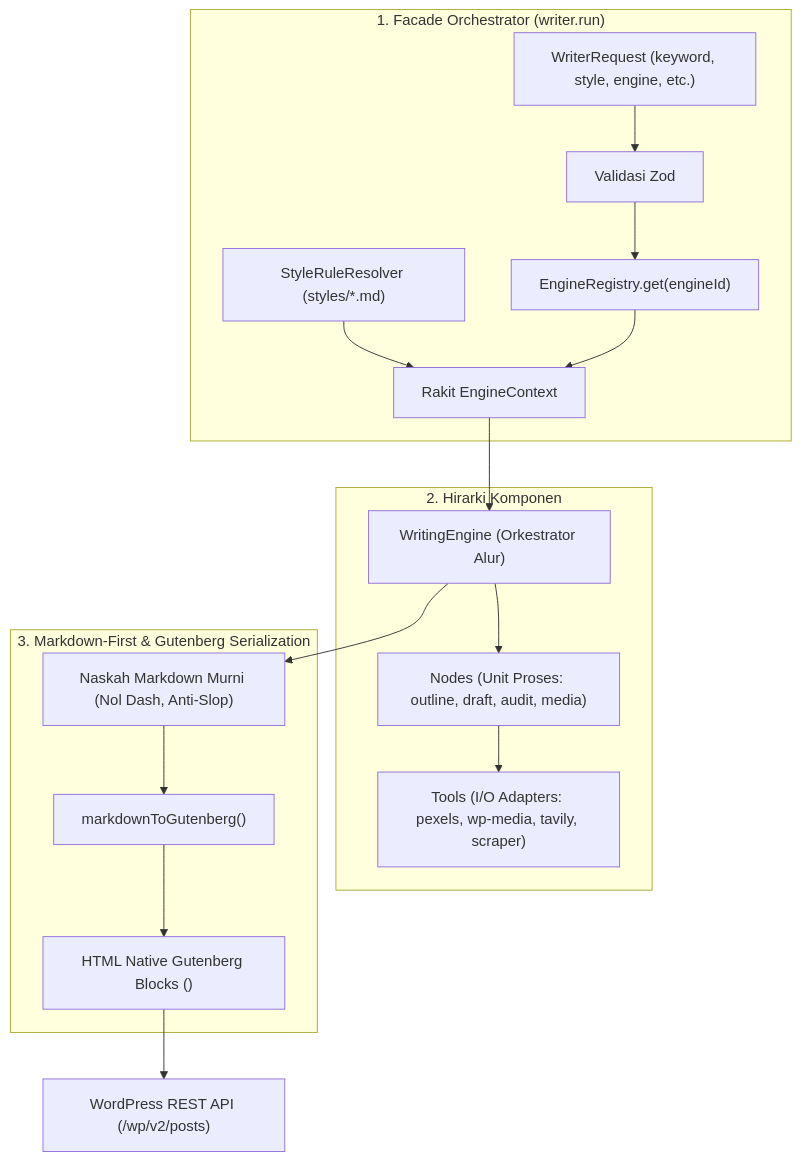
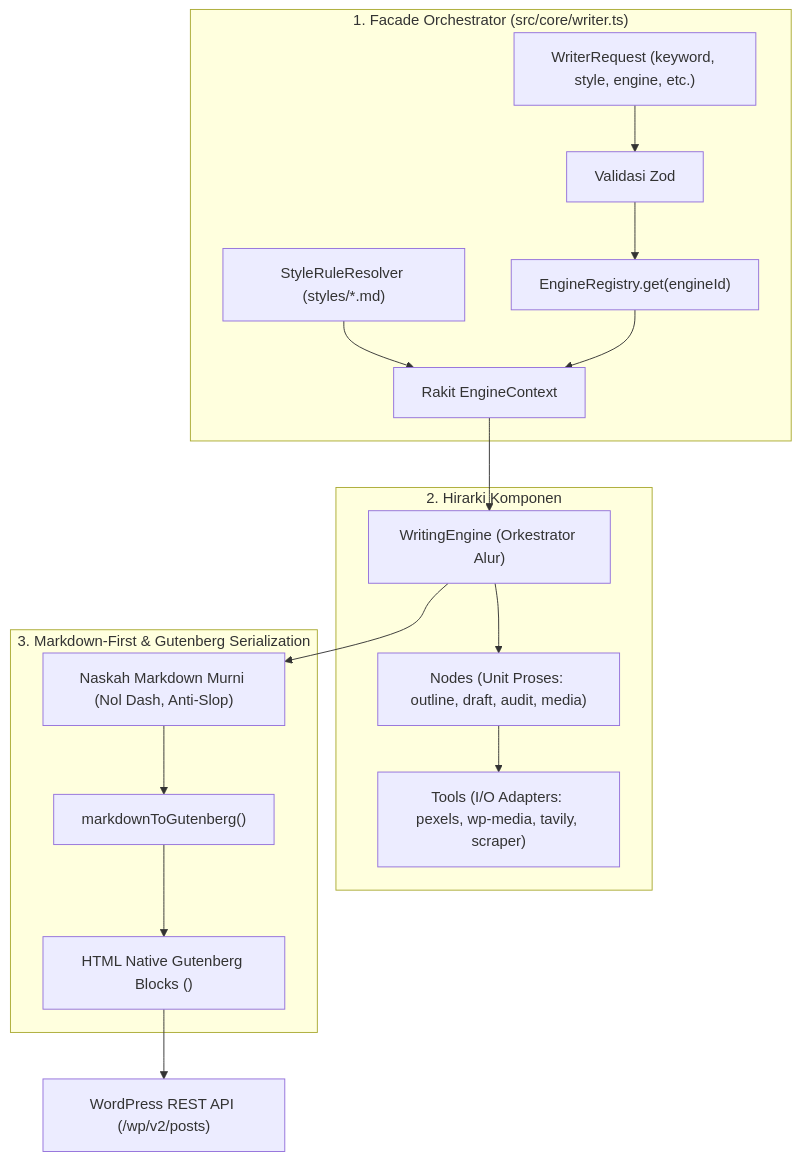
The third of 3 diagrams in ARCHITECTURE.md (erzawansyah/wp-autopost-dashboard), drawn with Mermaid before and after one commit. The commit also changed other lines of this file and 18 other files, not shown here.

````diff
--- a/ARCHITECTURE.md
+++ b/ARCHITECTURE.md
@@ -378,28 +377,28 @@
 ```mermaid
 flowchart TD
-    subgraph Facade["1. Facade Orchestrator (writer.run)"]
+    subgraph Facade["1. Facade Orchestrator (src/core/writer.ts)"]
         REQ["WriterRequest (keyword, style, engine, etc.)"] --> VAL["Validasi Zod"]
         VAL --> REG["EngineRegistry.get(engineId)"]
         STYLE["StyleRuleResolver (styles/*.md)"] --> CTX["Rakit EngineContext"]
         REG --> CTX
     end
 
     subgraph Hierarchy["2. Hirarki Komponen"]
         ENGINE["WritingEngine (Orkestrator Alur)"]
         NODE["Nodes (Unit Proses: outline, draft, audit, media)"]
         TOOL["Tools (I/O Adapters: pexels, wp-media, tavily, scraper)"]
         ENGINE --> NODE
         NODE --> TOOL
     end
 
     subgraph Output["3. Markdown-First & Gutenberg Serialization"]
         MD["Naskah Markdown Murni (Nol Dash, Anti-Slop)"]
         SERIALIZER["markdownToGutenberg()"]
         WP_BLOCKS["HTML Native Gutenberg Blocks (<!-- wp:... -->)"]
         MD --> SERIALIZER --> WP_BLOCKS
     end
 
     CTX --> ENGINE
     ENGINE --> MD
     WP_BLOCKS --> WP_REST["WordPress REST API (/wp/v2/posts)"]
 ```
````
